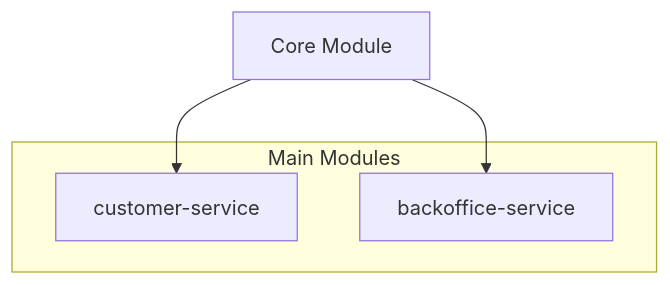
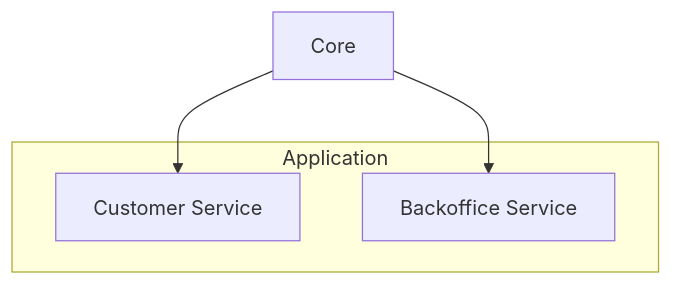
The diagram in README.md (yunyoung1819/fashionshop-service), drawn with Mermaid before and after one commit. The commit also changed other lines of this file, not shown here.

````diff
--- a/README.md
+++ b/README.md
@@ -20,9 +37,9 @@
 ```mermaid
 graph TD;
-    core[Core Module] --> customer[customer-service]
-    core[Core Module] --> backoffice[backoffice-service]
-    subgraph "Main Modules"
-        customer[customer-service] 
-        backoffice[backoffice-service] 
+    core[Core] --> customer[Customer Service]
+    core[Core] --> backoffice[Backoffice Service]
+    subgraph "Application"
+      customer
+      backoffice
     end
 ```
````
